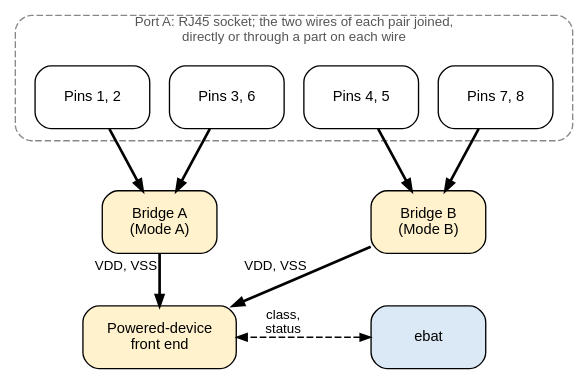
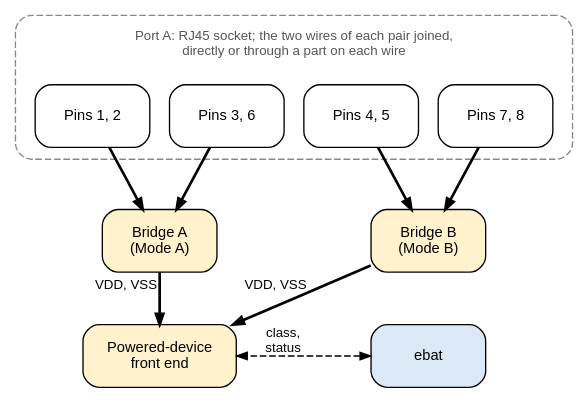
The diagram in docs/ebat/pair-joins.dot (mithro/evampire), drawn with Graphviz before and after one commit. The commit also changed 10 other files, not shown here.

```diff
--- a/docs/ebat/pair-joins.dot
+++ b/docs/ebat/pair-joins.dot
@@ -1,47 +1,48 @@
 // Port A on a board built around ebat with no data path: the two wires of
 // each pair are joined, directly or through a part on each wire, and taken
 // to the polarity bridges of the powered-device front end.
 //
 // Fill colours: socket and pairs #ffffff, bridges and front end #fff2cc,
 // ebat #dbe8f5.
 //
 // Positions in inches:
 //   row 1 (y=3.0)  the four pairs of the RJ45 socket
 //   row 2 (y=1.7)  bridges A and B
 //   row 3 (y=0.5)  powered-device front end and ebat
 //
 // SPDX-License-Identifier: Apache-2.0
 
 digraph pair_joins {
     graph [layout=neato, splines=false, overlap=true, outputorder=nodesfirst,
            fontname="Helvetica"];
     node  [shape=box, style="rounded,filled", fillcolor="#ffffff",
            fontname="Helvetica", fontsize=11, width=1.2, height=0.65,
            fixedsize=true];
     edge  [fontname="Helvetica", fontsize=10, arrowsize=0.8, penwidth=2];
 
-    socket [label="Port A: RJ45 socket; the two wires of each pair joined,\ndirectly or through a part on each wire",
-            labelloc=t, pos="2.7,3.2!", width=5.8, height=1.3,
-            style="rounded,dashed", color="#888888", fillcolor="none",
-            fontsize=10, fontcolor="#555555"];
+    socket [label="", pos="2.7,3.3!", width=5.8, height=1.5,
+            style="rounded,dashed", color="#888888", fillcolor="none"];
+    socket_label [shape=plaintext, style="", width=5.6, height=0.35,
+            pos="2.7,3.75!", fontsize=10, fontcolor="#555555",
+            label="Port A: RJ45 socket; the two wires of each pair joined,\ndirectly or through a part on each wire"];
 
     p12 [pos="0.6,3.0!", label="Pins 1, 2"];
     p36 [pos="2.0,3.0!", label="Pins 3, 6"];
     p45 [pos="3.4,3.0!", label="Pins 4, 5"];
     p78 [pos="4.8,3.0!", label="Pins 7, 8"];
 
     br_a [pos="1.3,1.7!", label="Bridge A\n(Mode A)", fillcolor="#fff2cc"];
     br_b [pos="4.1,1.7!", label="Bridge B\n(Mode B)", fillcolor="#fff2cc"];
 
     fe   [pos="1.3,0.5!", label="Powered-device\nfront end", width=1.6,
           fillcolor="#fff2cc"];
     ebat [pos="4.1,0.5!", label="ebat", width=1.2, fillcolor="#dbe8f5"];
 
     p12 -> br_a;
     p36 -> br_a;
     p45 -> br_b;
     p78 -> br_b;
     br_a -> fe [label="   VDD, VSS"];
     br_b -> fe [label="VDD, VSS"];
     ebat -> fe [style=dashed, penwidth=1, dir=both, label="class,\nstatus"];
 }
```
